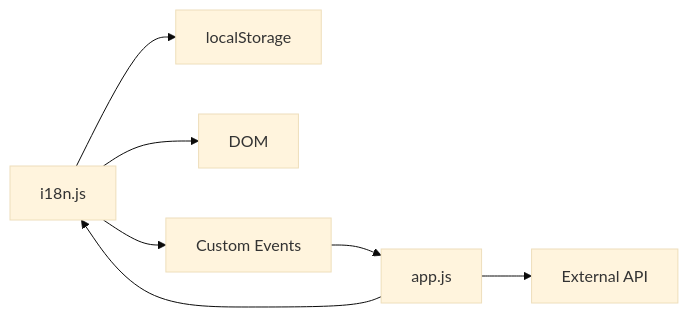
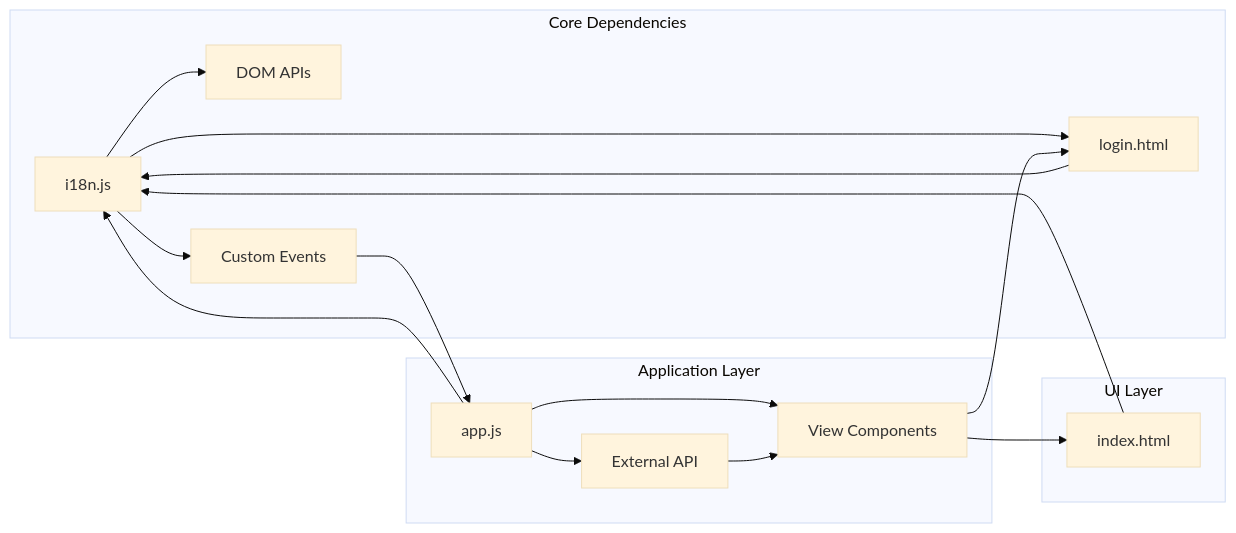
The fifth of 5 diagrams in .qoder/repowiki/en/content/Internationalization System.md (OryxAvelis/updated_market), drawn with Mermaid (base theme) before and after one commit. The commit also changed other lines of this file and 4 other files, not shown here.

````diff
--- a/.qoder/repowiki/en/content/Internationalization System.md
+++ b/.qoder/repowiki/en/content/Internationalization System.md
@@ -267,9 +338,21 @@
 ```mermaid
 graph LR
+subgraph Core Dependencies
 I["i18n.js"] --> L["localStorage"]
-I --> D["DOM"]
+I --> D["DOM APIs"]
 I --> E["Custom Events"]
+end
+subgraph Application Layer
 A["app.js"] --> I
 A --> API["External API"]
+A --> V["View Components"]
+end
+subgraph UI Layer
+H["index.html"] --> I
+L["login.html"] --> I
+V --> H
+V --> L
+end
 E --> A
+API --> V
 ```
````
